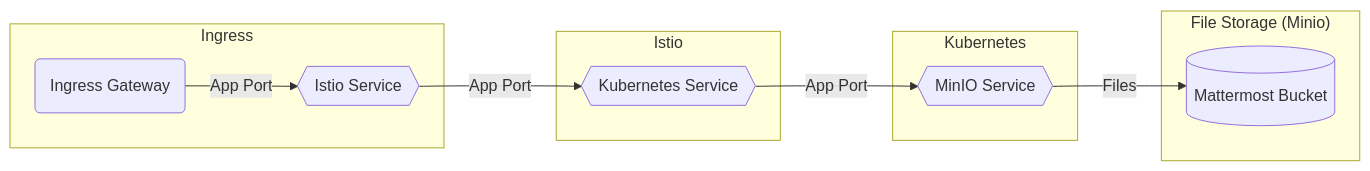
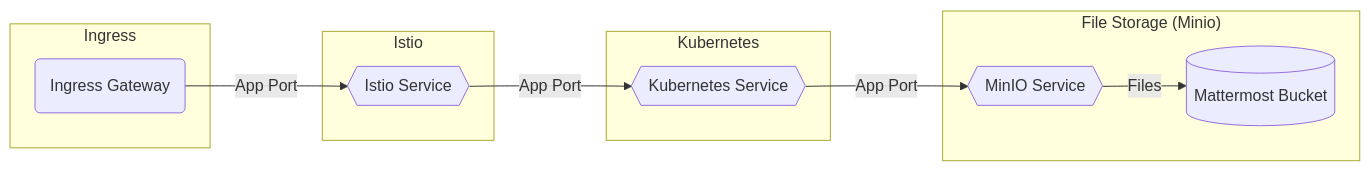
Before and after one commit to rjferguson21/big-bang: the diagram in charter/packages/minio/Architecture.md, drawn with Mermaid.

````diff
--- a/charter/packages/minio/Architecture.md
+++ b/charter/packages/minio/Architecture.md
@@ -12,18 +12,19 @@
 ```mermaid
-graph LR    
-  subgraph "Ingress"
-    ig(Ingress Gateway) --"App Port"--> istservice
-  end
+graph LR  
 
-  subgraph "Istio"
+subgraph "File Storage (Minio)"
+  minioservice{{MinIO Service}} --"Files"--> bucket[(Mattermost Bucket)]
+end
+
+subgraph "Kubernetes"
+  kubeservice{{Kubernetes Service}} --"App Port"--> minioservice
+end 
+
+subgraph "Istio"
     istservice{{Istio Service}} --"App Port"--> kubeservice
   end
 
-  subgraph "Kubernetes"
-    kubeservice{{Kubernetes Service}} --"App Port"--> minioservice
-  end  
-
-  subgraph "File Storage (Minio)"
-    minioservice{{MinIO Service}} --"Files"--> bucket[(Mattermost Bucket)]
-  end
+subgraph "Ingress"
+  ig(Ingress Gateway) --"App Port"--> istservice
+end 
 ```
````
